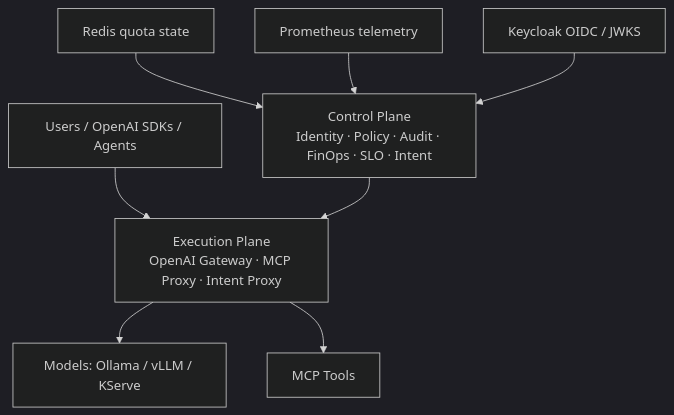
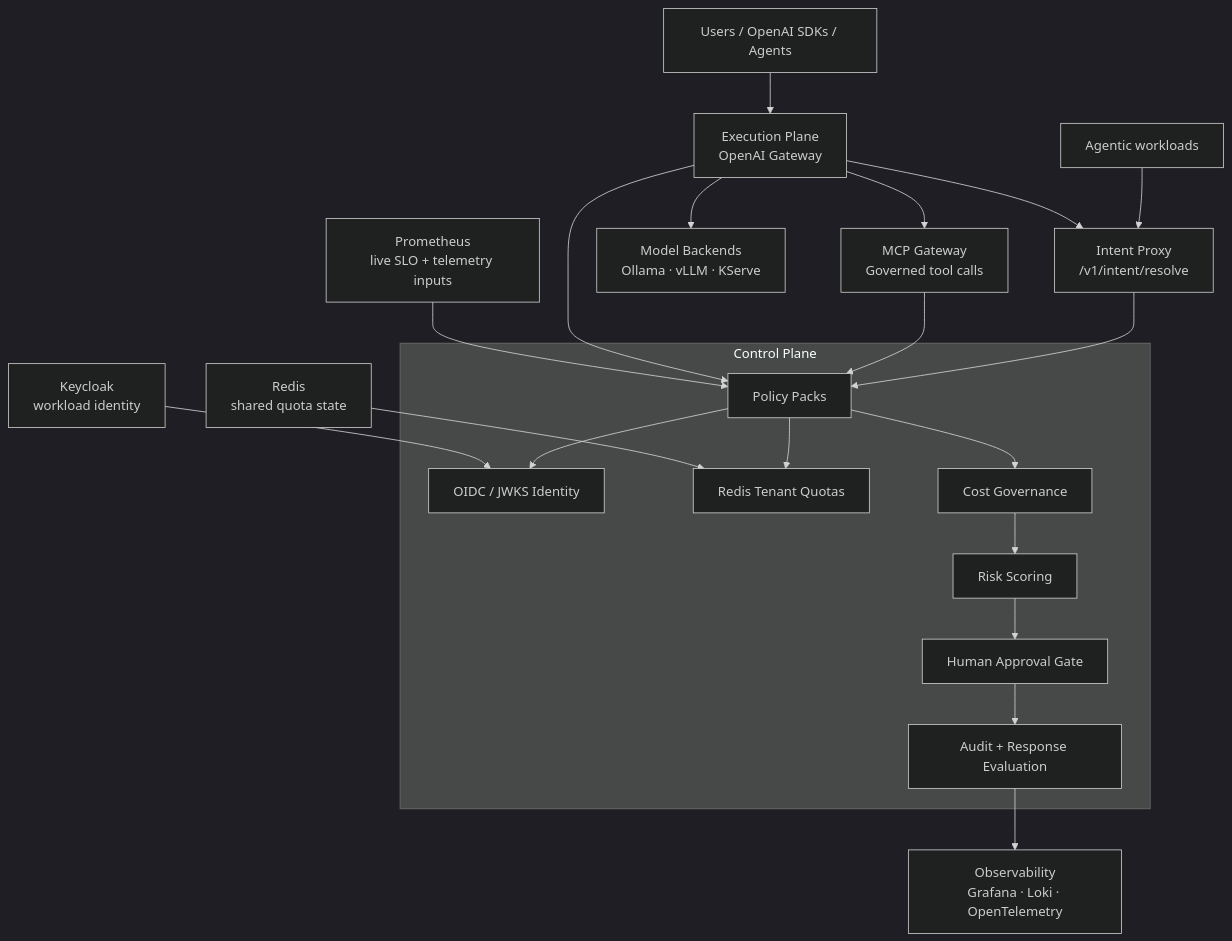
Before and after one commit to justrunme/justrunme: the diagram in README.md, drawn with Mermaid (dark theme).

Commit message:
docs: improve AI Infrastructure OS diagram

````diff
--- a/README.md
+++ b/README.md
@@ -49,10 +49,33 @@
 ```mermaid
 flowchart TB
-  Users["Users / OpenAI SDKs / Agents"] --> Runtime["Execution Plane\nOpenAI Gateway · MCP Proxy · Intent Proxy"]
-  Runtime --> Models["Models: Ollama / vLLM / KServe"]
-  Runtime --> Tools["MCP Tools"]
-  Control["Control Plane\nIdentity · Policy · Audit · FinOps · SLO · Intent"] --> Runtime
-  Redis["Redis quota state"] --> Control
-  Prom["Prometheus telemetry"] --> Control
-  OIDC["Keycloak OIDC / JWKS"] --> Control
+  Users["Users / OpenAI SDKs / Agents"] --> Gateway["Execution Plane\nOpenAI Gateway"]
+  Agents["Agentic workloads"] --> Intent["Intent Proxy\n/v1/intent/resolve"]
+  Gateway --> Intent
+  Gateway --> MCP["MCP Gateway\nGoverned tool calls"]
+  Gateway --> Models["Model Backends\nOllama · vLLM · KServe"]
+
+  subgraph Control["Control Plane"]
+    Policy["Policy Packs"]
+    Identity["OIDC / JWKS Identity"]
+    Quota["Redis Tenant Quotas"]
+    Cost["Cost Governance"]
+    Risk["Risk Scoring"]
+    Approval["Human Approval Gate"]
+    Audit["Audit + Response Evaluation"]
+  end
+
+  Intent --> Policy
+  MCP --> Policy
+  Gateway --> Policy
+  Policy --> Identity
+  Policy --> Quota
+  Policy --> Cost
+  Cost --> Risk
+  Risk --> Approval
+  Approval --> Audit
+
+  Prom["Prometheus\nlive SLO + telemetry inputs"] --> Policy
+  Redis["Redis\nshared quota state"] --> Quota
+  Keycloak["Keycloak\nworkload identity"] --> Identity
+  Audit --> Obs["Observability\nGrafana · Loki · OpenTelemetry"]
 ```
````
